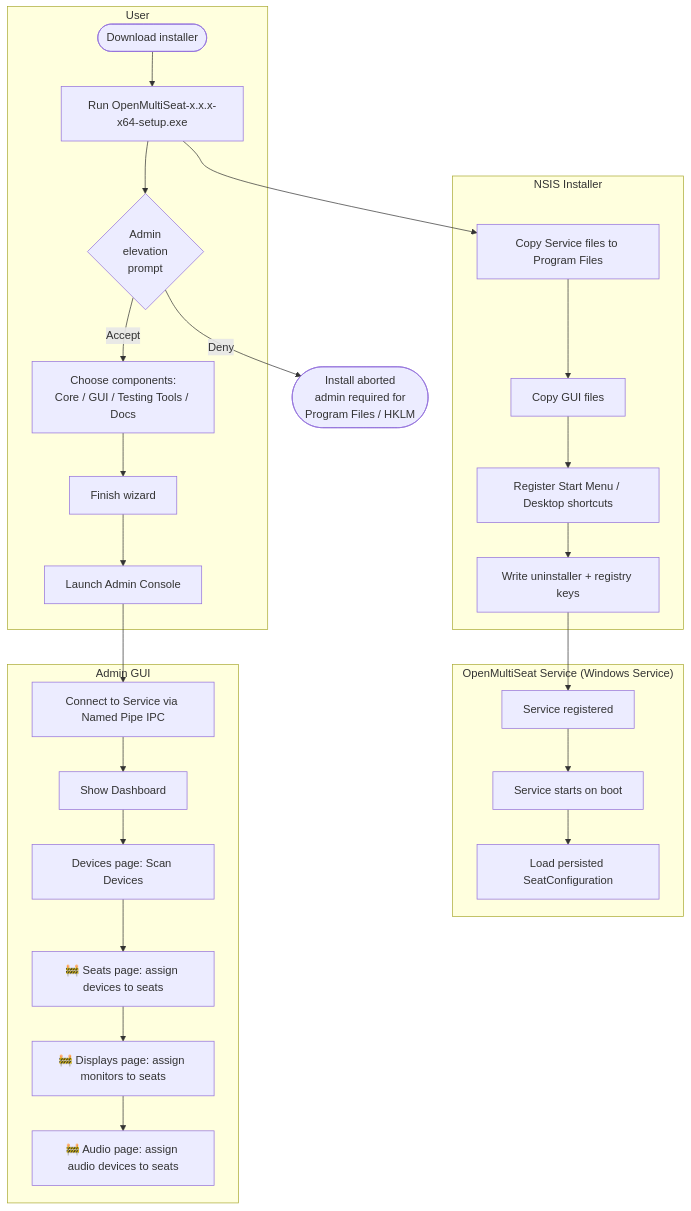
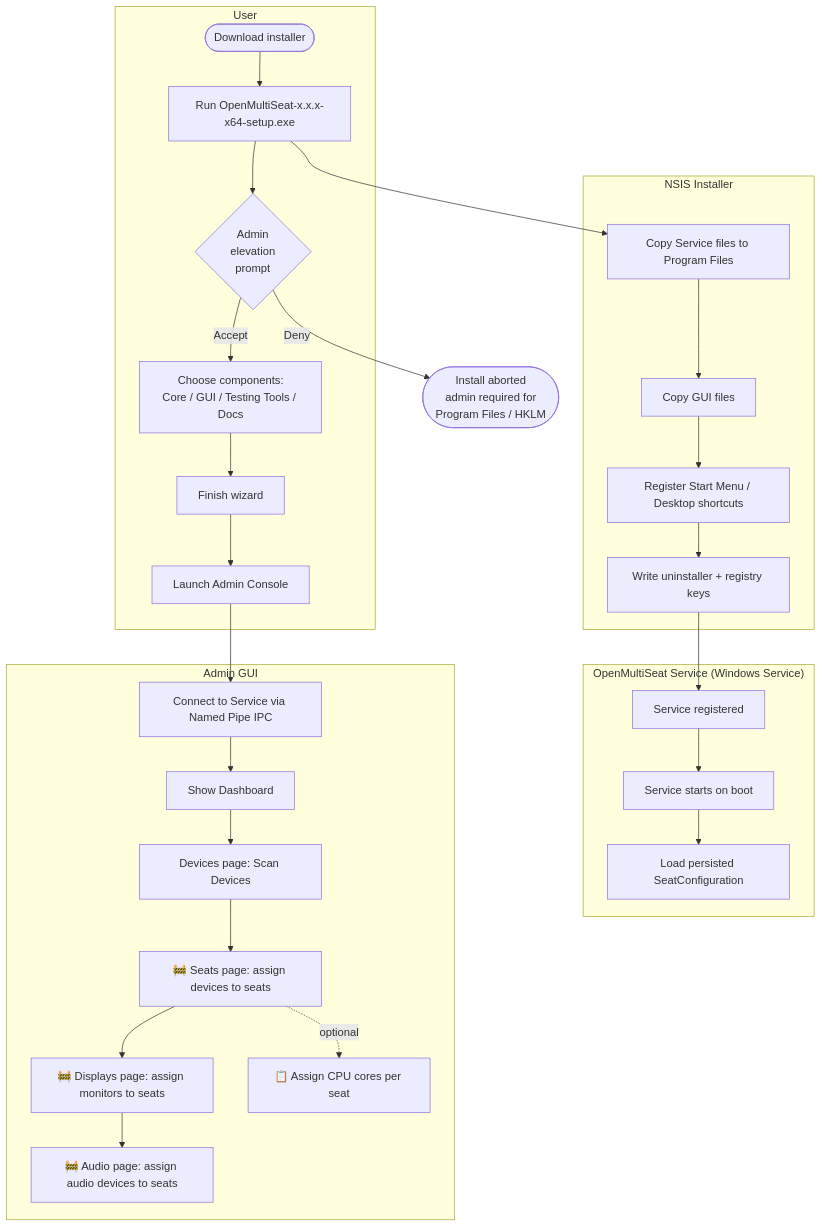
One commit to RKY2023/OpenMultiSeat changed the first of 3 diagrams in docs/diagrams/bpmn-workflows.md. Above: the diagram before and after it, drawn with Mermaid. The commit also changed 11 other files, not shown here.

````diff
--- a/docs/diagrams/bpmn-workflows.md
+++ b/docs/diagrams/bpmn-workflows.md
@@ -9,34 +9,35 @@
 ```mermaid
 flowchart TD
     subgraph User["User"]
         U1([Download installer]) --> U2[Run OpenMultiSeat-x.x.x-x64-setup.exe]
         U2 --> U3{Admin<br/>elevation<br/>prompt}
         U3 -->|Accept| U4[Choose components:<br/>Core / GUI / Testing Tools / Docs]
         U4 --> U5[Finish wizard]
         U5 --> U6[Launch Admin Console]
     end
 
     subgraph Installer["NSIS Installer"]
         I1[Copy Service files to Program Files] --> I2[Copy GUI files]
         I2 --> I3[Register Start Menu / Desktop shortcuts]
         I3 --> I4[Write uninstaller + registry keys]
     end
 
     subgraph Service["OpenMultiSeat Service (Windows Service)"]
         S1[Service registered] --> S2[Service starts on boot]
         S2 --> S3[Load persisted SeatConfiguration]
     end
 
     subgraph GUI["Admin GUI"]
         G1[Connect to Service via Named Pipe IPC] --> G2[Show Dashboard]
         G2 --> G3[Devices page: Scan Devices]
         G3 --> G4[🚧 Seats page: assign devices to seats]
         G4 --> G5[🚧 Displays page: assign monitors to seats]
         G5 --> G6[🚧 Audio page: assign audio devices to seats]
+        G4 -.->|optional| G7[📋 Assign CPU cores per seat]
     end
 
     U2 --> I1
     U3 -->|Deny| X1([Install aborted<br/>admin required for<br/>Program Files / HKLM])
     I4 --> S1
     U6 --> G1
 ```
````
